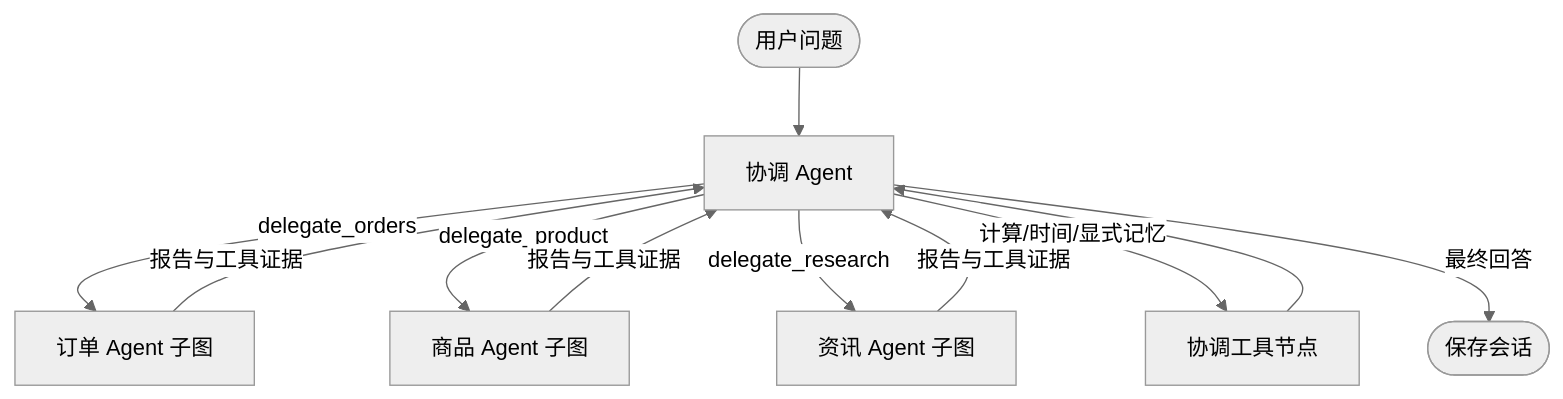
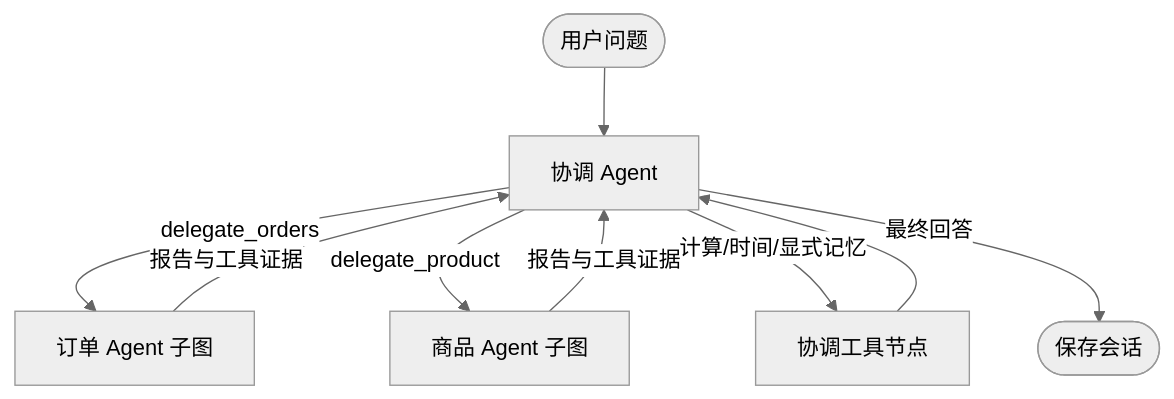
One commit to thinchain/ecommerce-customer-service-agent changed the diagram in docs/multi-agent.md. Above: the diagram before and after it, drawn with Mermaid (neutral theme). The commit also changed other lines of this file and 8 other files, not shown here.

````diff
--- a/docs/multi-agent.md
+++ b/docs/multi-agent.md
@@ -7,13 +7,11 @@
 ```mermaid
 flowchart TD
   Start([用户问题]) --> Supervisor[协调 Agent]
   Supervisor -->|delegate_orders| Orders[订单 Agent 子图]
   Supervisor -->|delegate_product| Product[商品 Agent 子图]
-  Supervisor -->|delegate_research| Research[资讯 Agent 子图]
   Supervisor -->|计算/时间/显式记忆| Utility[协调工具节点]
   Orders -->|报告与工具证据| Supervisor
   Product -->|报告与工具证据| Supervisor
-  Research -->|报告与工具证据| Supervisor
   Utility --> Supervisor
   Supervisor -->|最终回答| End([保存会话])
 ```
````
